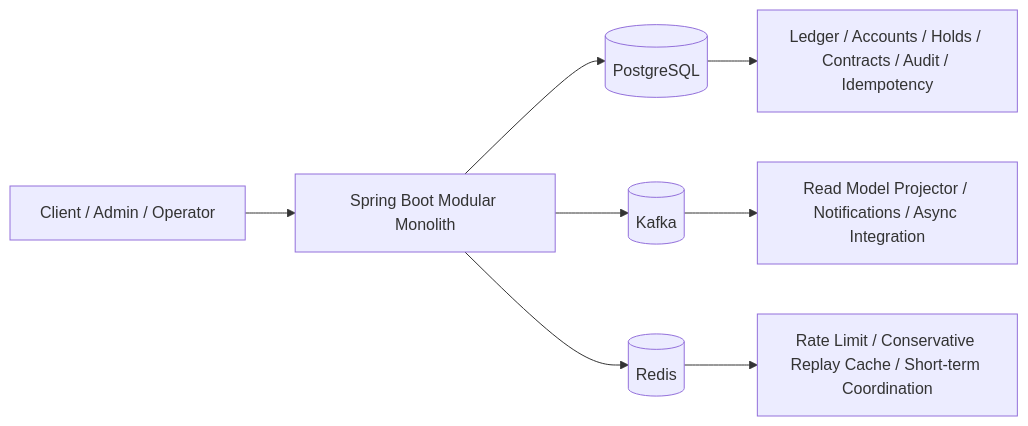
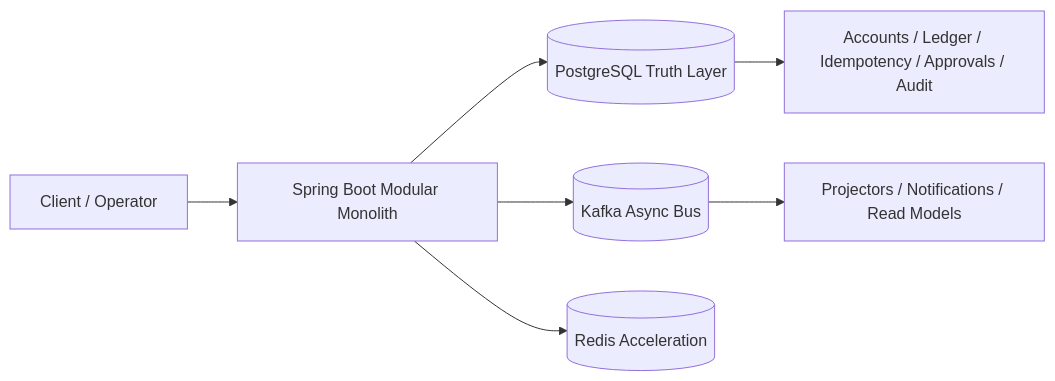
Before and after one commit to MaiHuyHoang592004/corebank-api: the diagram in README.md, drawn with Mermaid. The commit also changed other lines of this file and 6 other files, not shown here.

````diff
--- a/README.md
+++ b/README.md
@@ -19,10 +63,9 @@
 ```mermaid
 flowchart LR
-    Client[Client / Admin / Operator] --> API[Spring Boot Modular Monolith]
-    API --> PG[(PostgreSQL)]
-    API --> Kafka[(Kafka)]
-    API --> Redis[(Redis)]
-    PG --> Ledger[Ledger / Accounts / Holds / Contracts / Audit / Idempotency]
-    Kafka --> Projector[Read Model Projector / Notifications / Async Integration]
-    Redis --> Helpers[Rate Limit / Conservative Replay Cache / Short-term Coordination]
+    Client[Client / Operator] --> API[Spring Boot Modular Monolith]
+    API --> PG[(PostgreSQL Truth Layer)]
+    API --> Kafka[(Kafka Async Bus)]
+    API --> Redis[(Redis Acceleration)]
+    PG --> Money[Accounts / Ledger / Idempotency / Approvals / Audit]
+    Kafka --> Proj[Projectors / Notifications / Read Models]
 ```
````
